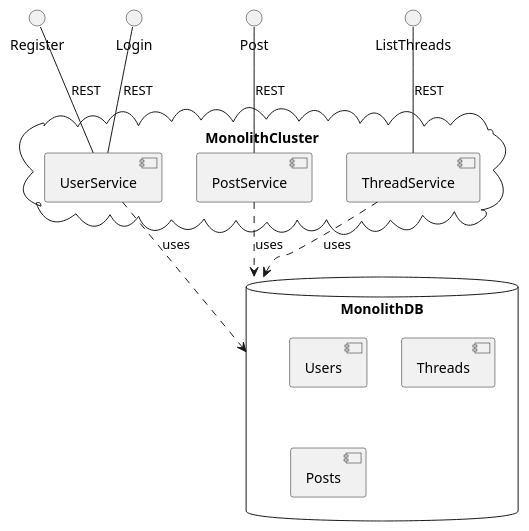
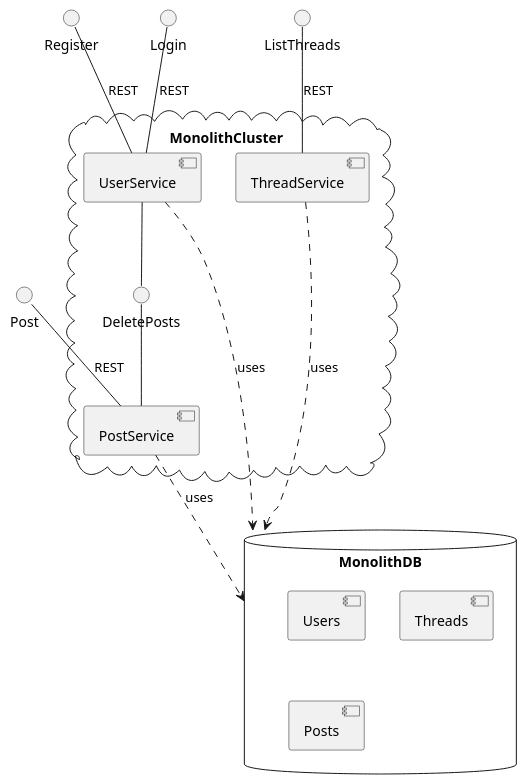
One commit to oxtoacart/writings changed the fifth of 5 diagrams in programming/monomicroservices.md. Above: the diagram before and after it, drawn with PlantUML. The commit also changed other lines of this file, not shown here.

````diff
--- a/programming/monomicroservices.md
+++ b/programming/monomicroservices.md
@@ -148,26 +150,29 @@
 ```plantuml
 @startuml
 
 cloud MonolithCluster {
     [UserService]
     [ThreadService]
     [PostService]
+    [UserService] -down- DeletePosts
+    DeletePosts -down- [PostService]
 }
+
 
 Register -down- [UserService]: REST
 Login -down- [UserService]: REST
 Post -down- [PostService]: REST
 ListThreads -down- [ThreadService]: REST
 
 database MonolithDB {
     [Users]
     [Threads]
     [Posts]
 }
 
 [UserService] .down.> MonolithDB: uses
 [ThreadService] .down.> MonolithDB: uses
 [PostService] .down.> MonolithDB: uses
 
 @enduml
 ```
````
